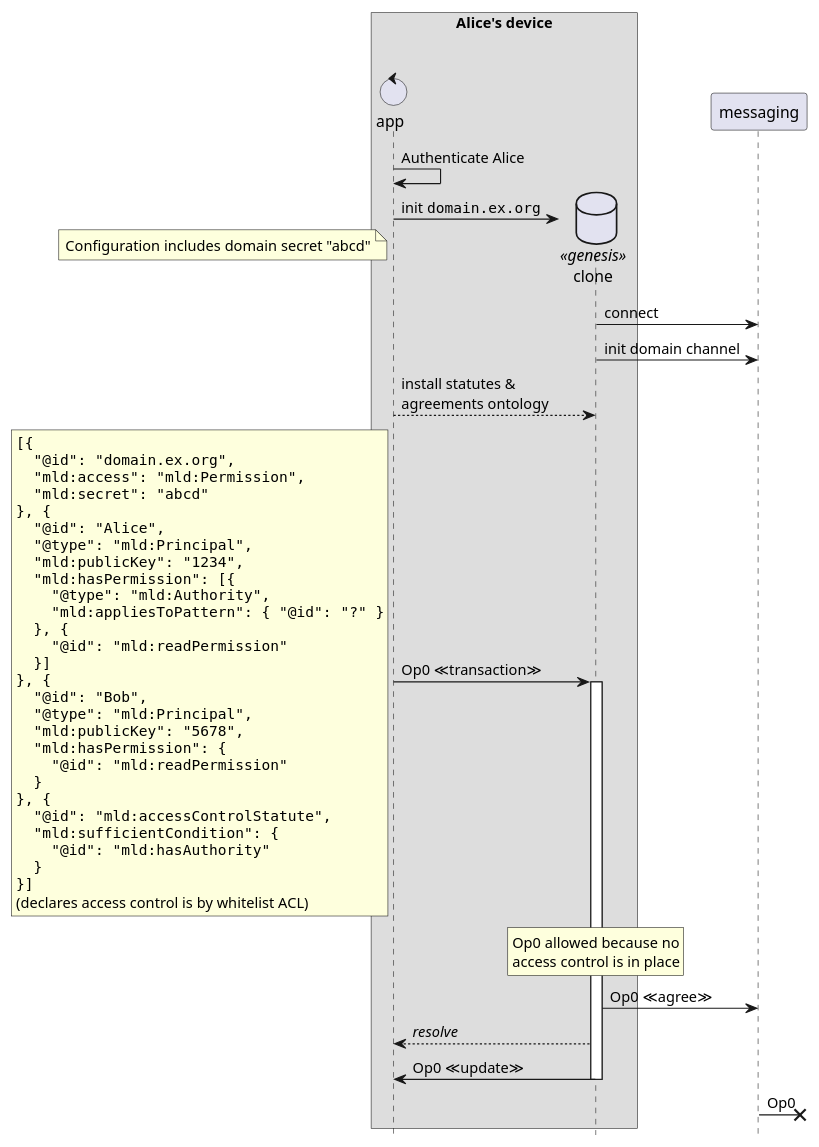
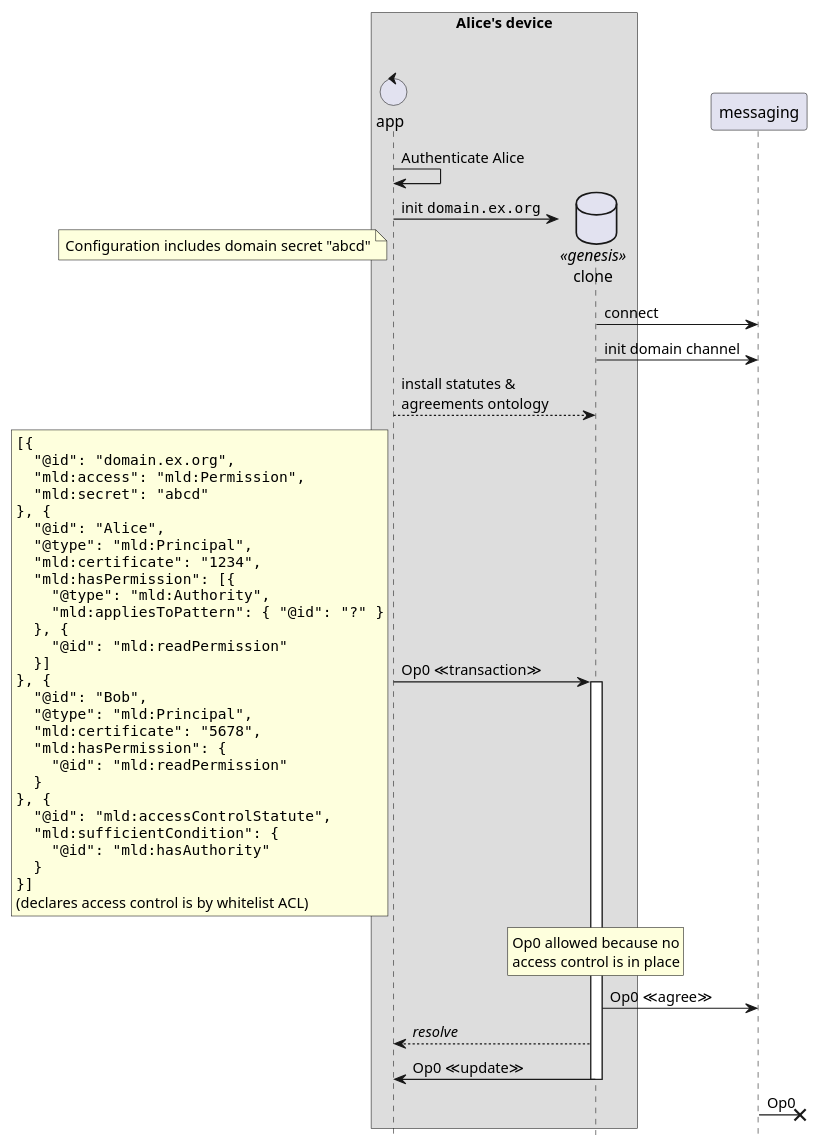
Before and after one commit to m-ld/m-ld-security-spec: the diagram in design/1-genesis-alice.seq.puml, drawn with PlantUML. The commit also changed 8 other files, not shown here.

```diff
--- a/design/1-genesis-alice.seq.puml
+++ b/design/1-genesis-alice.seq.puml
@@ -1,64 +1,64 @@
 @startuml
 'https://plantuml.com/sequence-diagram
 hide footbox
 
 box Alice's device
 control "app" as proc1
 database "clone" as genesis << genesis >>
 end box
 
 proc1 -> proc1: Authenticate Alice
 proc1 -> genesis **: init ""domain.ex.org""
 note left
 Configuration includes domain secret "abcd"
 end note
 genesis -> messaging : connect
 genesis -> messaging : init domain channel
 
 proc1 --> genesis: install statutes &\nagreements ontology
 
 proc1 -> genesis ++: Op0 ≪transaction≫
 rnote left
 <code>
 [{
   "@id": "domain.ex.org",
   "mld:access": "mld:Permission",
   "mld:secret": "abcd"
 }, {
   "@id": "Alice",
   "@type": "mld:Principal",
-  "mld:publicKey": "1234",
+  "mld:certificate": "1234",
   "mld:hasPermission": [{
     "@type": "mld:Authority",
     "mld:appliesToPattern": { "@id": "?" }
   }, {
     "@id": "mld:readPermission"
   }]
 }, {
   "@id": "Bob",
   "@type": "mld:Principal",
-  "mld:publicKey": "5678",
+  "mld:certificate": "5678",
   "mld:hasPermission": {
     "@id": "mld:readPermission"
   }
 }, {
   "@id": "mld:accessControlStatute",
   "mld:sufficientCondition": {
     "@id": "mld:hasAuthority"
   }
 }]
 </code>
 (declares access control is by whitelist ACL)
 end note
 
 rnote over genesis
 Op0 allowed because no
 access control is in place
 end note
 
 genesis -> messaging: Op0 ≪agree≫
 genesis --> proc1: //resolve//
 genesis -> proc1 --: Op0 ≪update≫
 messaging ->x] : Op0
 
 @enduml
```
